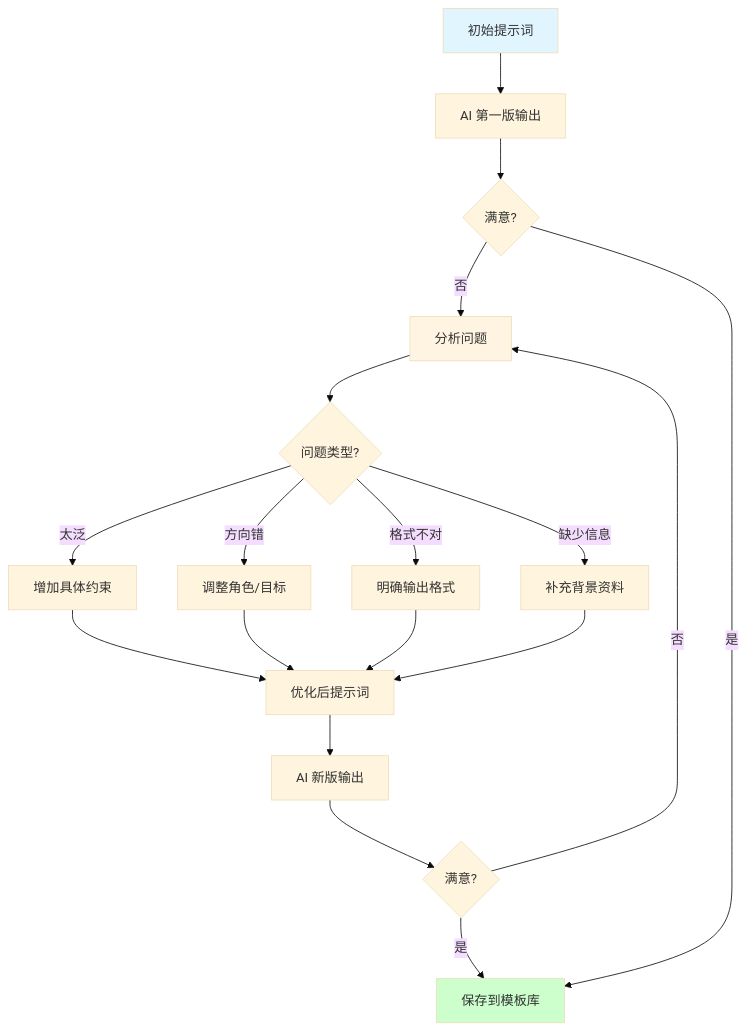
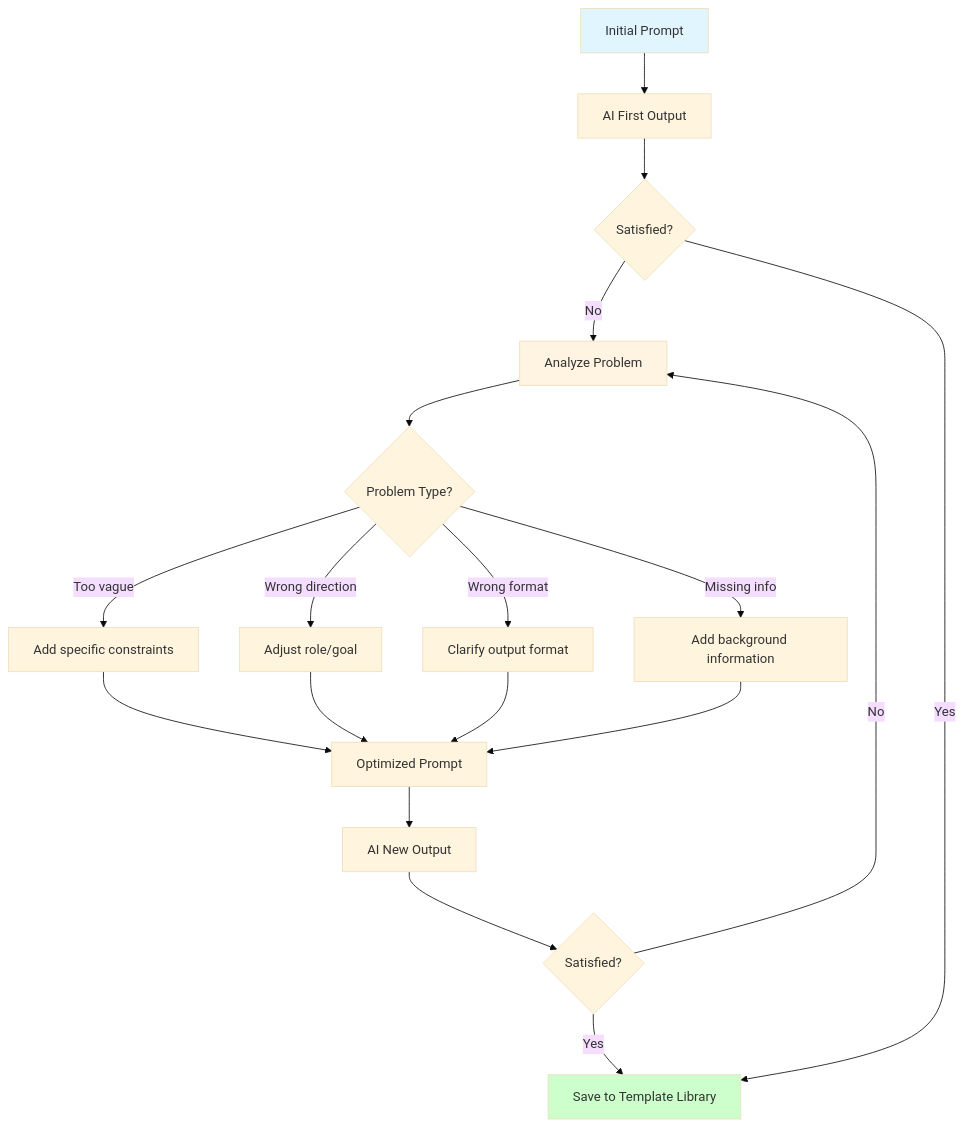
One commit to tianhongTina/ai-literacy-bootcamp changed the third of 3 diagrams in docs/lessons/lesson-1.md. Above: the diagram before and after it, drawn with Mermaid (base theme). The commit also changed other lines of this file and 18 other files, not shown here.

````diff
--- a/docs/lessons/lesson-1.md
+++ b/docs/lessons/lesson-1.md
@@ -144,28 +144,28 @@
 ```mermaid
 graph TD
-    A[初始提示词] --> B[AI 第一版输出]
-    B --> C{满意?}
-    C -->|否| D[分析问题]
-    D --> E{问题类型?}
+    A[Initial Prompt] --> B[AI First Output]
+    B --> C{Satisfied?}
+    C -->|No| D[Analyze Problem]
+    D --> E{Problem Type?}
     
-    E -->|太泛| F[增加具体约束]
-    E -->|方向错| G[调整角色/目标]
-    E -->|格式不对| H[明确输出格式]
-    E -->|缺少信息| I[补充背景资料]
+    E -->|Too vague| F[Add specific constraints]
+    E -->|Wrong direction| G[Adjust role/goal]
+    E -->|Wrong format| H[Clarify output format]
+    E -->|Missing info| I[Add background information]
     
-    F --> J[优化后提示词]
+    F --> J[Optimized Prompt]
     G --> J
     H --> J
     I --> J
     
-    J --> K[AI 新版输出]
-    K --> L{满意?}
-    L -->|否| D
-    L -->|是| M[保存到模板库]
+    J --> K[AI New Output]
+    K --> L{Satisfied?}
+    L -->|No| D
+    L -->|Yes| M[Save to Template Library]
     
-    C -->|是| M
+    C -->|Yes| M
     
     style A fill:#e1f5ff
     style M fill:#ccffcc
     style D fill:#fff4e1
 ```
````
